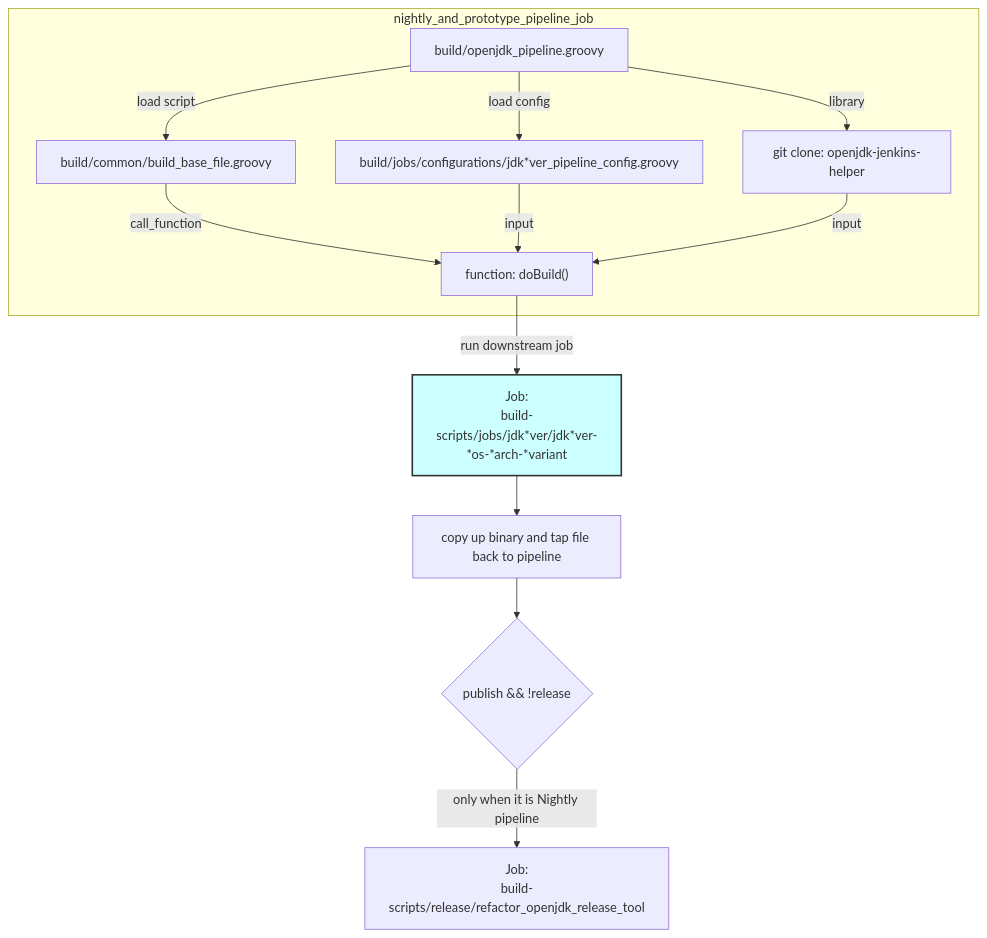
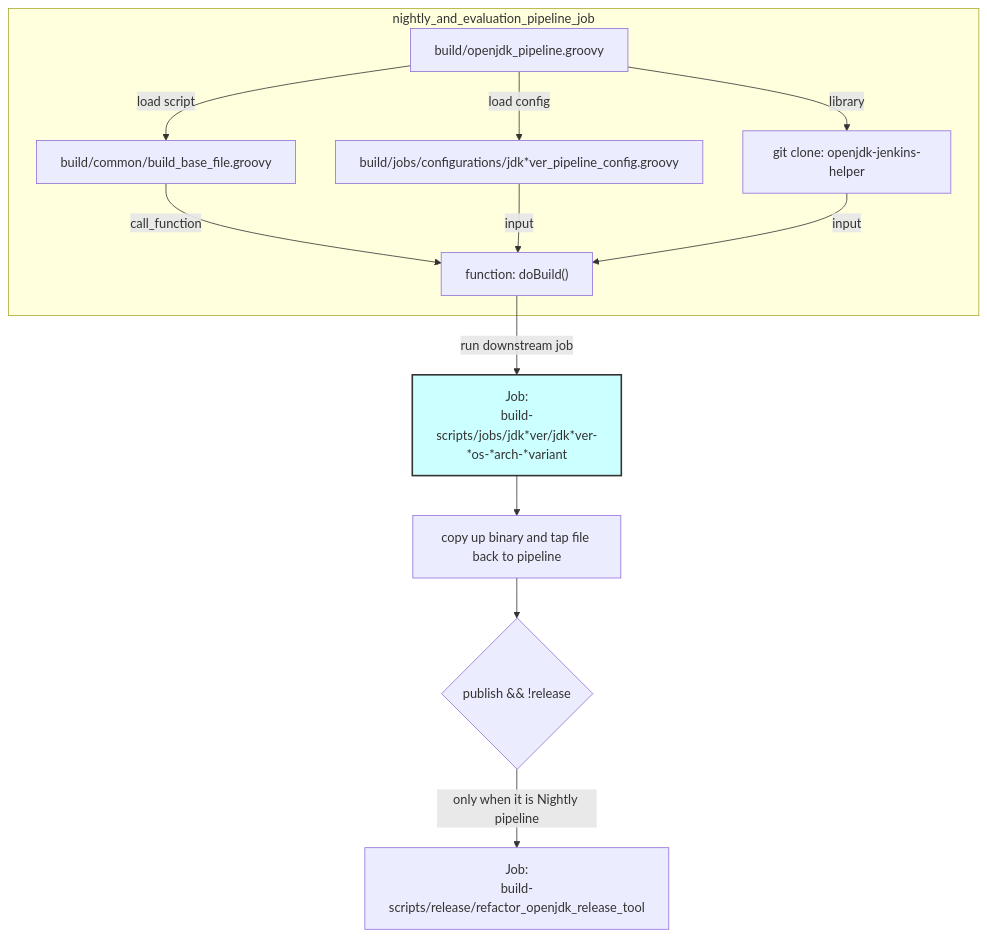
The fifth of 10 diagrams in docs/diagram.md (adoptium/ci-jenkins-pipelines), drawn with Mermaid before and after one commit. The commit also changed other lines of this file and 3 other files, not shown here.

Commit message:
docs: update from prototype to evaluation

````diff
--- a/docs/diagram.md
+++ b/docs/diagram.md
@@ -183,32 +183,32 @@
 ```mermaid
 
 flowchart TD
 
-subgraph nightly_and_prototype_pipeline_job
+subgraph nightly_and_evaluation_pipeline_job
 
 Call[build/openjdk_pipeline.groovy] --load script-->
 Load1[build/common/build_base_file.groovy]
 
 Call --load config--> Load2[build/jobs/configurations/jdk*ver_pipeline_config.groovy]
 Call --library -->
 Load3["git clone: openjdk-jenkins-helper"]
 
 Load1 --call_function--> Build["function: doBuild()"]
 Load2 --input--> Build
 Load3 --input--> Build
 
 end
 
 Build --"run downstream job" -->
 variantJob["Job:\nbuild-scripts/jobs/jdk*ver/jdk*ver-*os-*arch-*variant"] -->
 copyArtifacts["copy up binary and tap file back to pipeline"] -->
 checkpublish{publish && !release} --"only when it is Nightly pipeline"-->
 Publish["Job:\nbuild-scripts/release/refactor_openjdk_release_tool"]
 
 
 classDef yellow fill:#ffff99
 classDef c12 fill:#ccffff,stroke:#333,stroke-width:2px
 class nightly_pipeline_job yellow
 class variantJob c12
 
 ```
````
